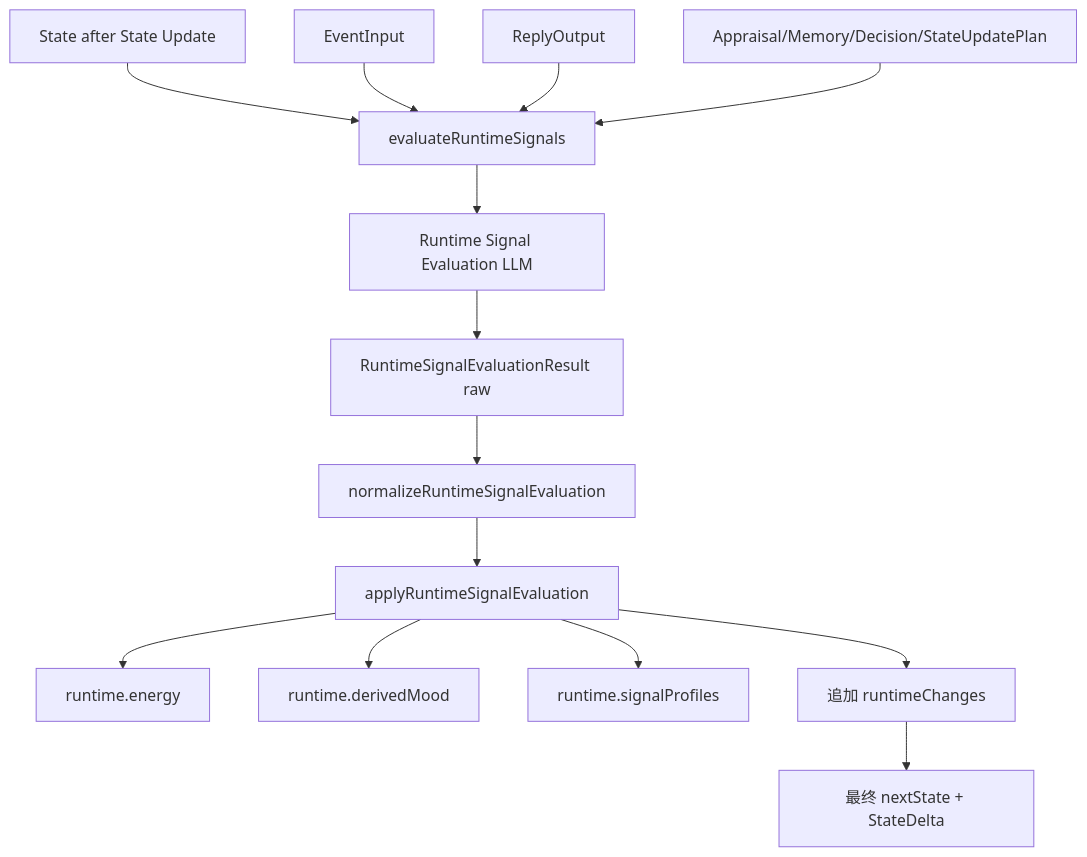
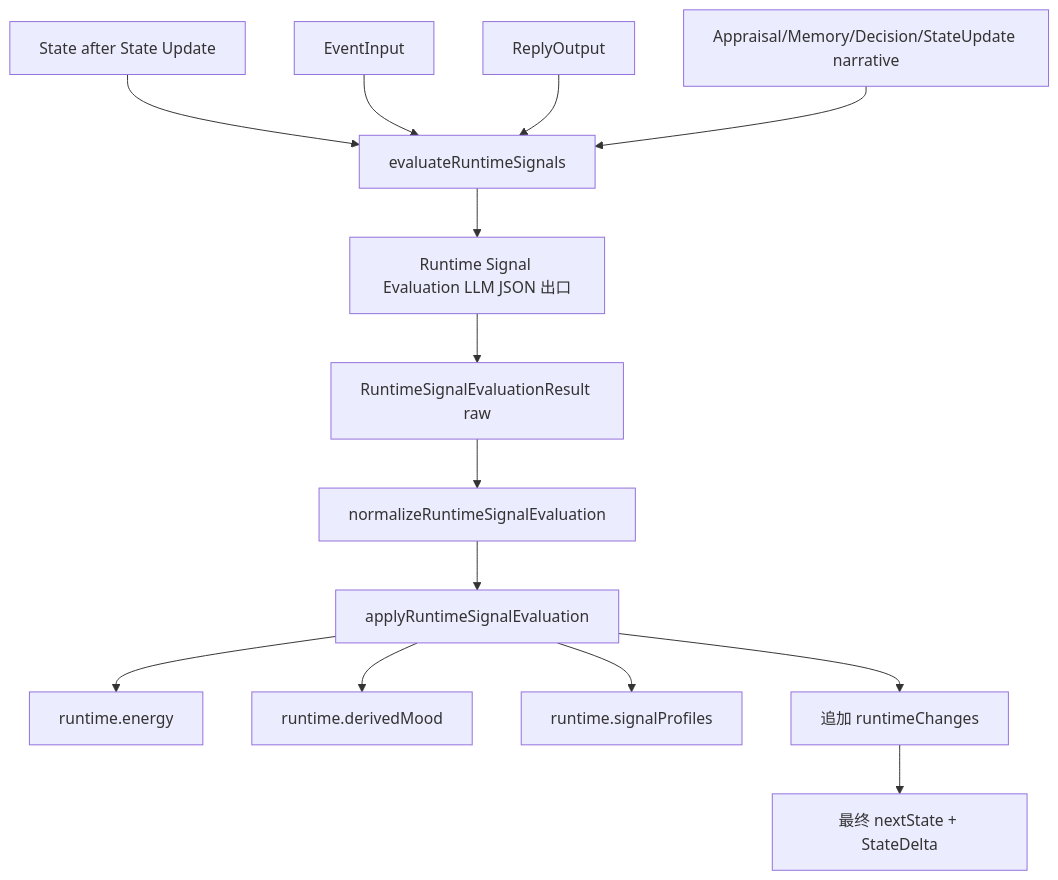
One commit to ttmanthatman/virtual-human-flow changed diagram 22 of 31 in docs/SYSTEM_FLOW.md. Above: the diagram before and after it, drawn with Mermaid. The commit also changed 3 other files, not shown here.

Commit message:
feat: use narrative runtime signal prompt

````diff
--- a/docs/SYSTEM_FLOW.md
+++ b/docs/SYSTEM_FLOW.md
@@ -540,16 +540,16 @@
 ```mermaid
 flowchart TD
     S["State after State Update"] --> EVAL["evaluateRuntimeSignals"]
     E["EventInput"] --> EVAL
     R["ReplyOutput"] --> EVAL
-    C["Appraisal/Memory/Decision/StateUpdatePlan"] --> EVAL
-    EVAL --> CLIENT["Runtime Signal Evaluation LLM"]
+    C["Appraisal/Memory/Decision/StateUpdate narrative"] --> EVAL
+    EVAL --> CLIENT["Runtime Signal Evaluation LLM JSON 出口"]
     CLIENT --> RAW["RuntimeSignalEvaluationResult raw"]
     RAW --> NORM["normalizeRuntimeSignalEvaluation"]
     NORM --> APPLY["applyRuntimeSignalEvaluation"]
     APPLY --> ENERGY["runtime.energy"]
     APPLY --> MOOD["runtime.derivedMood"]
     APPLY --> PROFILES["runtime.signalProfiles"]
     APPLY --> DELTA["追加 runtimeChanges"]
     DELTA --> FINAL["最终 nextState + StateDelta"]
 ```
````
